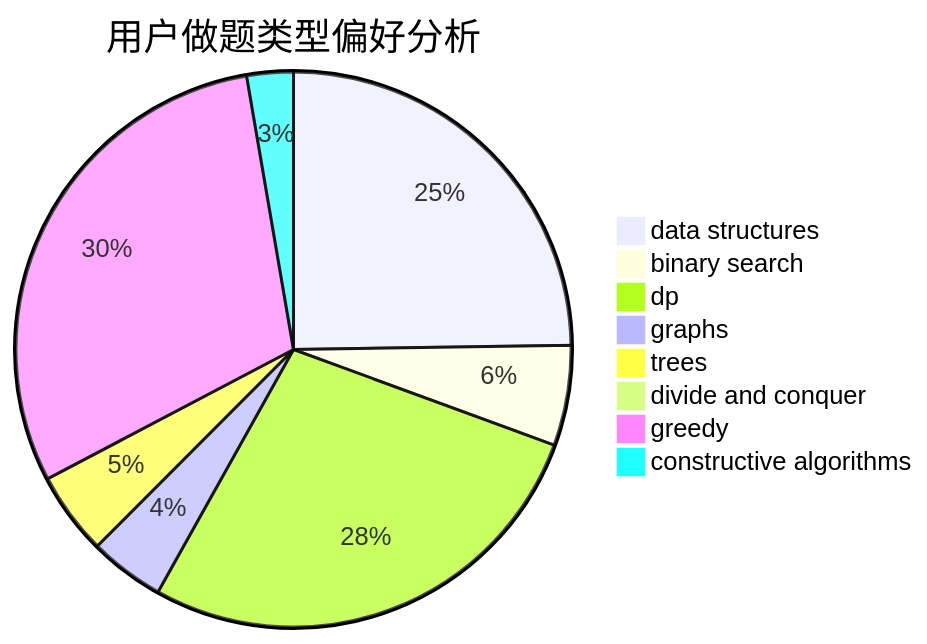
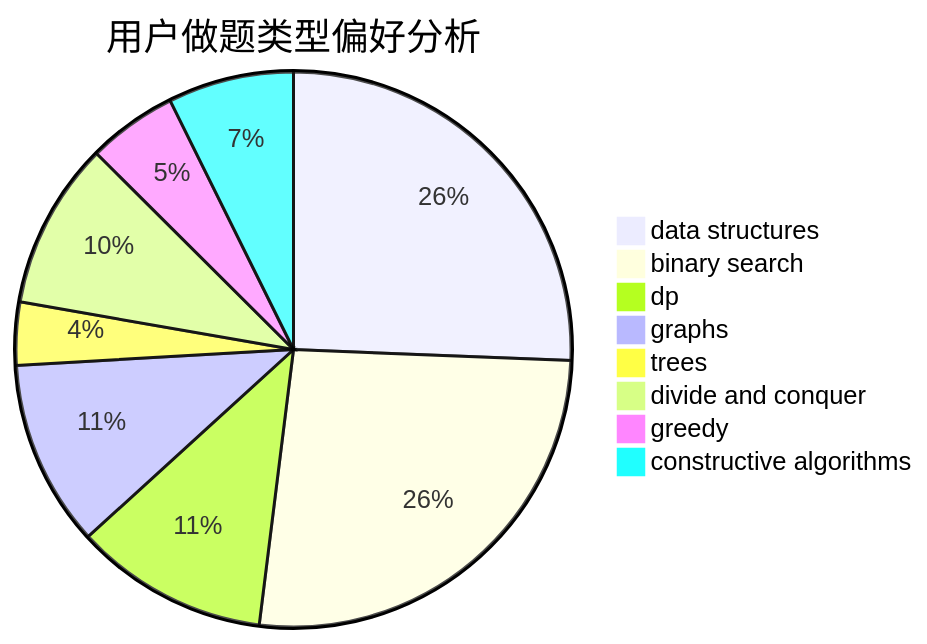
The second of 3 diagrams in docs/user/u1507.md (sherpahu/cfrs.github.io), drawn with Mermaid before and after one commit. The commit also changed other lines of this file and 2770 other files, not shown here.

````diff
--- a/docs/user/u1507.md
+++ b/docs/user/u1507.md
@@ -23,11 +23,11 @@
 ```mermaid
 pie title 用户做题类型偏好分析
-    "data structures" :  458
-    "binary search" :  108
-    "dp" :  509
-    "graphs" :  81
-    "trees" :  89
-    "divide and conquer" :  0
-    "greedy" :  555
-    "constructive algorithms" :  50
+    "data structures" :  182
+    "binary search" :  187
+    "dp" :  80
+    "graphs" :  77
+    "trees" :  26
+    "divide and conquer" :  69
+    "greedy" :  37
+    "constructive algorithms" :  52
 ```
````
